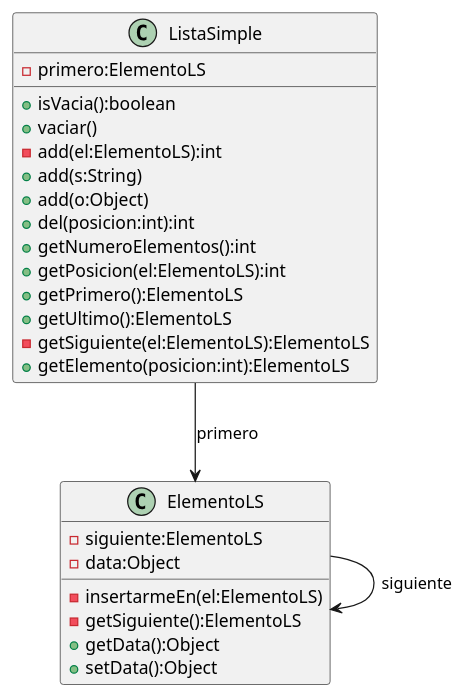
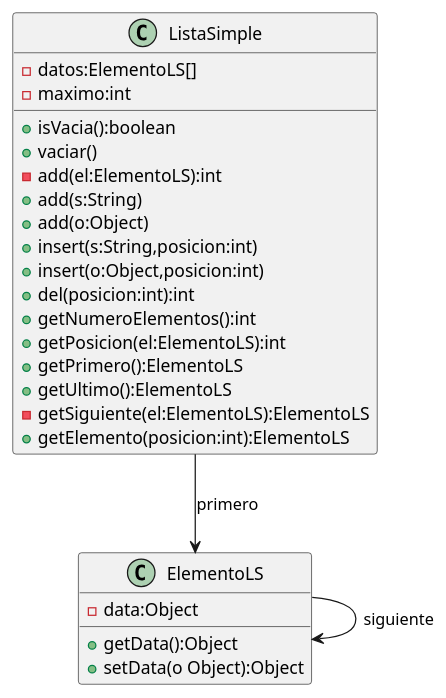
Before and after one commit to MetodologiaProgMatComp/MATCOMP-ED-ListaEnlazadaSimple: the diagram in diagramas/UML-Lista-Simple.puml, drawn with PlantUML. The commit also changed 3 other files, not shown here.

```diff
--- a/diagramas/UML-Lista-Simple.puml
+++ b/diagramas/UML-Lista-Simple.puml
@@ -1,41 +1,41 @@
 @startuml
 'https://plantuml.com/class-diagram
 
 class ListaSimple {
--primero:ElementoLS
+-datos:ElementoLS[]
+-maximo:int
 +isVacia():boolean
 +vaciar()
 -add(el:ElementoLS):int
 +add(s:String)
 +add(o:Object)
++insert(s:String,posicion:int)
++insert(o:Object,posicion:int)
 +del(posicion:int):int
 +getNumeroElementos():int
 +getPosicion(el:ElementoLS):int
 +getPrimero():ElementoLS
 +getUltimo():ElementoLS
 -getSiguiente(el:ElementoLS):ElementoLS
 +getElemento(posicion:int):ElementoLS
 }
 
 class ElementoLS {
--siguiente:ElementoLS
 -data:Object
--insertarmeEn(el:ElementoLS)
--getSiguiente():ElementoLS
 +getData():Object
-+setData():Object
++setData(o Object):Object
 }
 
 ListaSimple --> ElementoLS:primero
 ElementoLS --> ElementoLS:siguiente
 
 /' COMENTARIOS:
 note bottom on link
     Esta es una nota para un enlace
 endnote
 
 note right of Elemento::siguiente
   Esto es una nota
 end note
 '/
 @enduml
```
